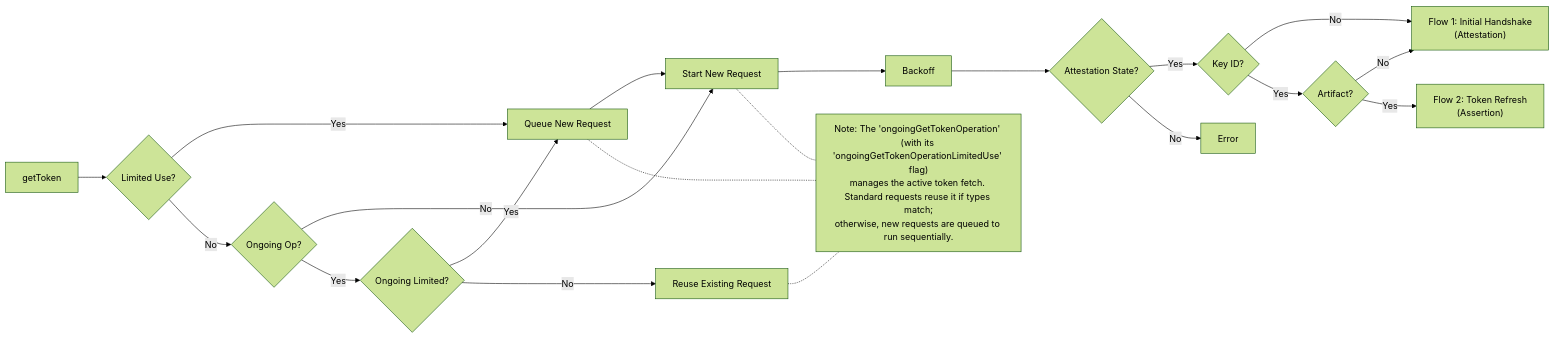
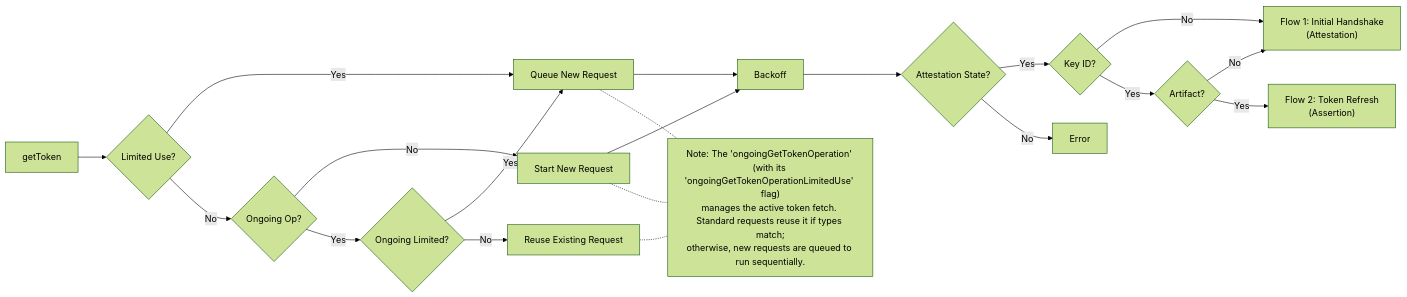
Before and after one commit to google/app-check: the first of 4 diagrams in docs/providers/app-attest.md, drawn with Mermaid (forest theme).

````diff
--- a/docs/providers/app-attest.md
+++ b/docs/providers/app-attest.md
@@ -31,33 +31,33 @@
 ```mermaid
 %%{init: {"flowchart": {"diagramPadding": 140}}}%%
 flowchart LR
     Start[getToken] --> CheckUse{Limited Use?}
     
     CheckUse -- Yes --> Queue[Queue New Request]
     CheckUse -- No --> Coalesce{Ongoing Op?}
     
     Coalesce -- No --> StartNew[Start New Request]
     Coalesce -- Yes --> CheckOngoing{Ongoing Limited?}
     
     CheckOngoing -- Yes --> Queue
     CheckOngoing -- No --> Reuse[Reuse Existing Request]
     
-    Queue --> StartNew
+    Queue --> Backoff
     StartNew --> Backoff[Backoff]
     
     Backoff --> StateCheck{Attestation State?}
     
     StateCheck -->|Yes| KeyCheck{Key ID?}
     
     KeyCheck -- No --> Flow1["Flow 1: Initial Handshake <br/> (Attestation)"]
     KeyCheck -- Yes --> ArtifactCheck{Artifact?}
     
     ArtifactCheck -- No --> Flow1
     ArtifactCheck -- Yes --> Flow2["Flow 2: Token Refresh <br/> (Assertion)"]
 
     StateCheck -->|No| Error[Error]
 
     Reuse -.- Footnote["Note: The 'ongoingGetTokenOperation' (with its 'ongoingGetTokenOperationLimitedUse' flag)<br/>manages the active token fetch. Standard requests reuse it if types match;<br/>otherwise, new requests are queued to run sequentially."]
     Queue -.- Footnote
     StartNew -.- Footnote
 ```
````
